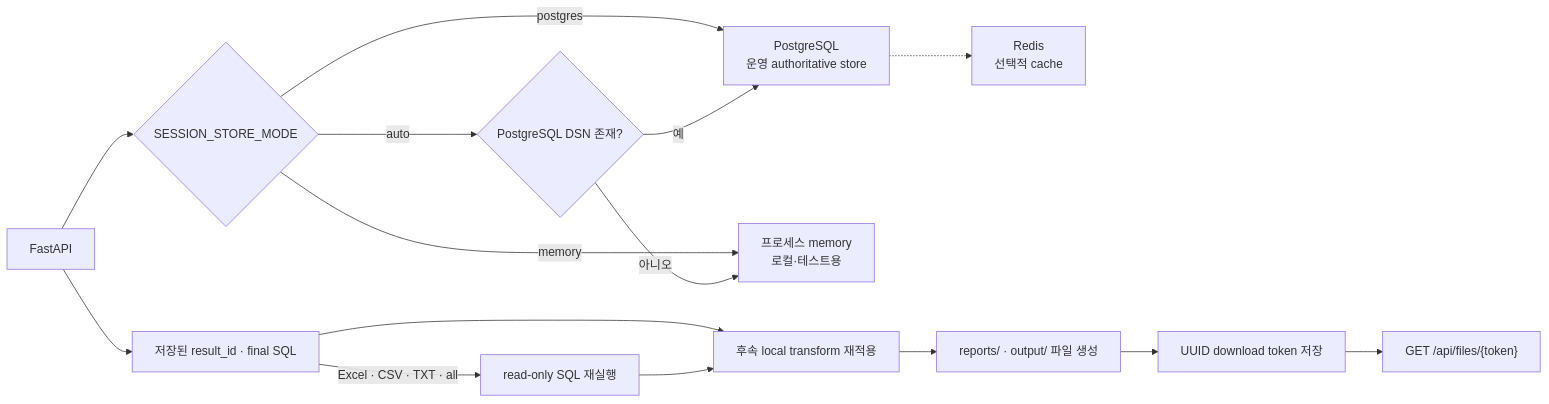
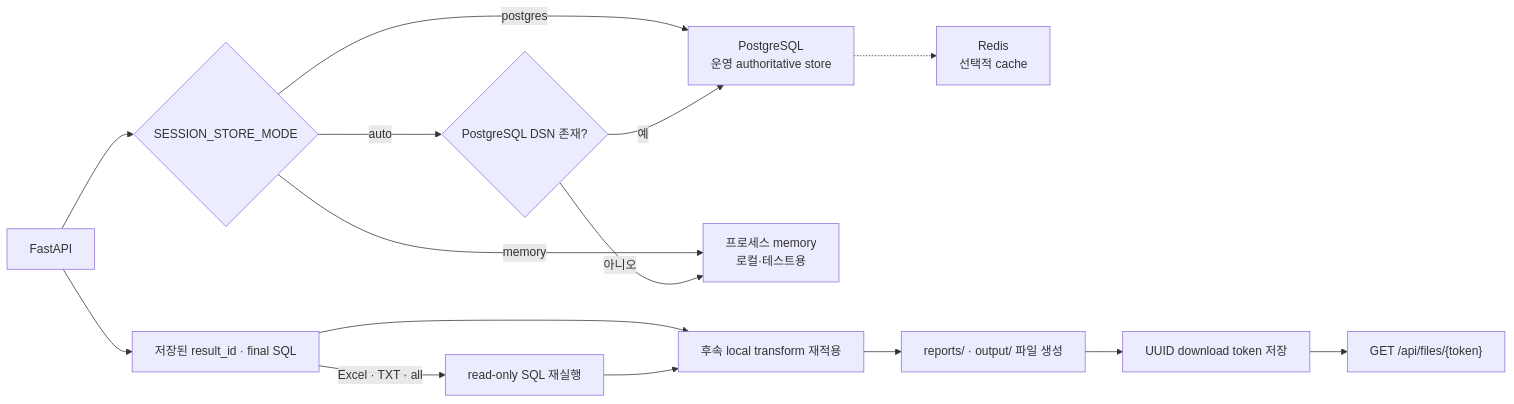
Before and after one commit to sminsu/corporate_sales: the sixth of 7 diagrams in docs/agent-architecture-flow.md, drawn with Mermaid. The commit also changed other lines of this file and 6 other files, not shown here.

````diff
--- a/docs/agent-architecture-flow.md
+++ b/docs/agent-architecture-flow.md
@@ -426,18 +426,18 @@
 ```mermaid
 flowchart LR
     API["FastAPI"] --> MODE{"SESSION_STORE_MODE"}
     MODE -->|"postgres"| PG["PostgreSQL<br/>운영 authoritative store"]
     MODE -->|"memory"| MEM["프로세스 memory<br/>로컬·테스트용"]
     MODE -->|"auto"| AUTO{"PostgreSQL DSN 존재?"}
     AUTO -->|"예"| PG
     AUTO -->|"아니오"| MEM
     PG -.-> REDIS["Redis<br/>선택적 cache"]
 
     API --> RESULT["저장된 result_id · final SQL"]
-    RESULT -->|"Excel · CSV · TXT · all"| RERUN["read-only SQL 재실행"]
+    RESULT -->|"Excel · TXT · all"| RERUN["read-only SQL 재실행"]
     RESULT --> LOCAL["후속 local transform 재적용"]
     RERUN --> LOCAL
     LOCAL --> FILE["reports/ · output/ 파일 생성"]
     FILE --> TOKEN["UUID download token 저장"]
     TOKEN --> DOWNLOAD["GET /api/files/{token}"]
 ```
````
